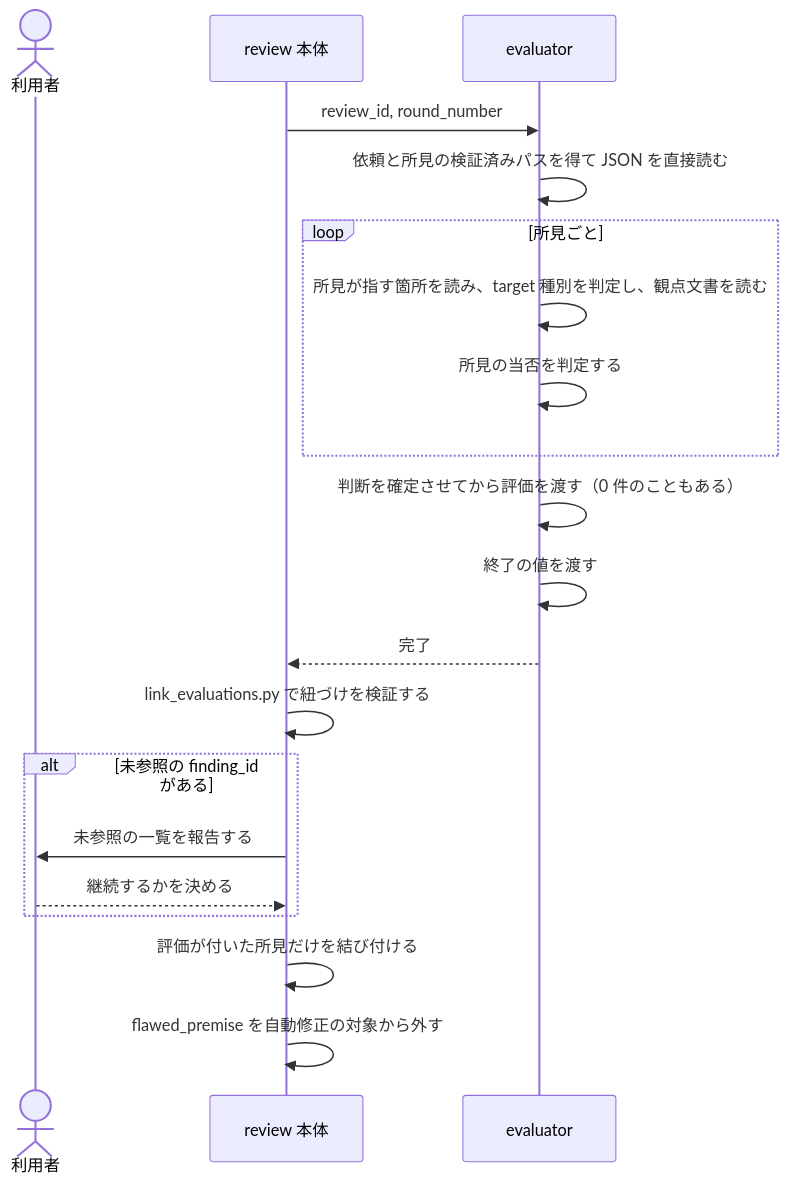
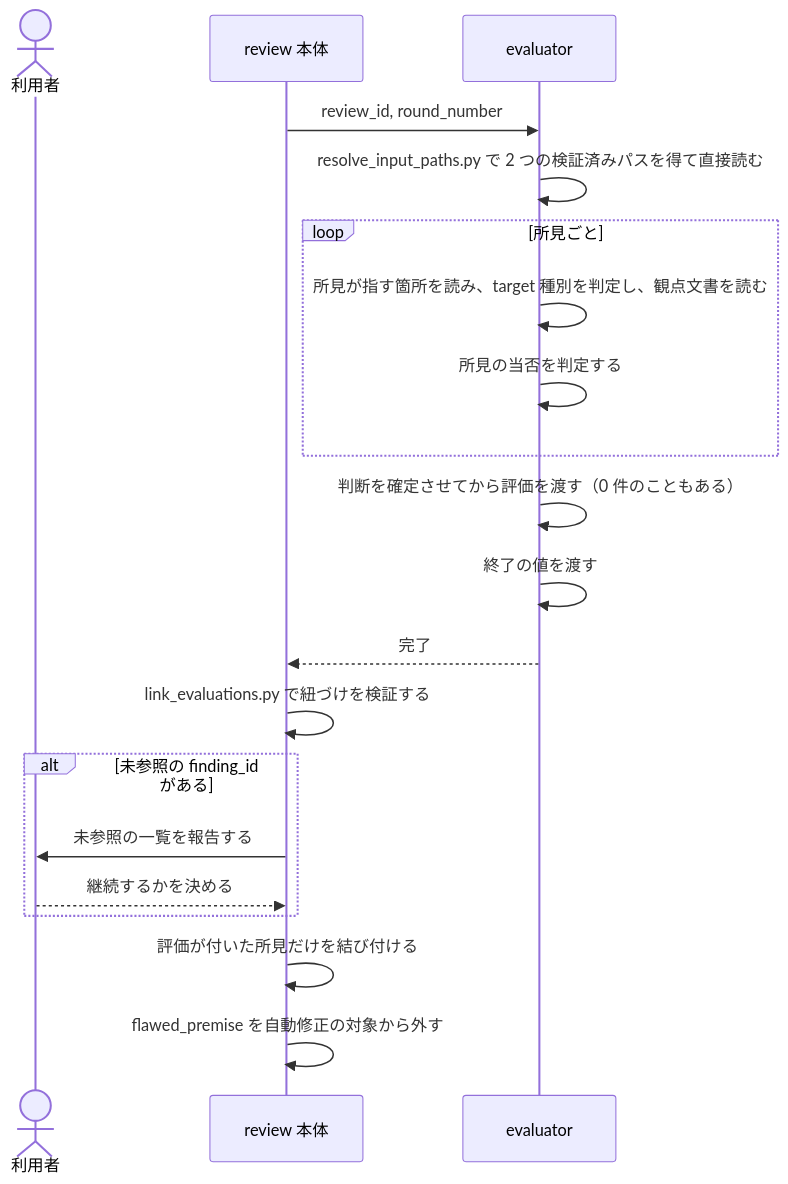
One commit to BlueEventHorizon/bw-cc-plugins changed the diagram in docs/specs/evaluator-perspective/design/DES-083_evaluator_perspective_design.md. Above: the diagram before and after it, drawn with Mermaid. The commit also changed other lines of this file and 3 other files, not shown here.

````diff
--- a/docs/specs/evaluator-perspective/design/DES-083_evaluator_perspective_design.md
+++ b/docs/specs/evaluator-perspective/design/DES-083_evaluator_perspective_design.md
@@ -30,23 +30,23 @@
 ```mermaid
 sequenceDiagram
     actor Human as 利用者
     participant Body as review 本体
     participant E as evaluator
 
     Body->>E: review_id, round_number
-    E->>E: 依頼と所見の検証済みパスを得て JSON を直接読む
+    E->>E: resolve_input_paths.py で 2 つの検証済みパスを得て直接読む
     loop 所見ごと
         E->>E: 所見が指す箇所を読み、target 種別を判定し、観点文書を読む
         E->>E: 所見の当否を判定する
     end
     E->>E: 判断を確定させてから評価を渡す（0 件のこともある）
     E->>E: 終了の値を渡す
     E-->>Body: 完了
     Body->>Body: link_evaluations.py で紐づけを検証する
     alt 未参照の finding_id がある
         Body->>Human: 未参照の一覧を報告する
         Human-->>Body: 継続するかを決める
     end
     Body->>Body: 評価が付いた所見だけを結び付ける
     Body->>Body: flawed_premise を自動修正の対象から外す
 ```
````
